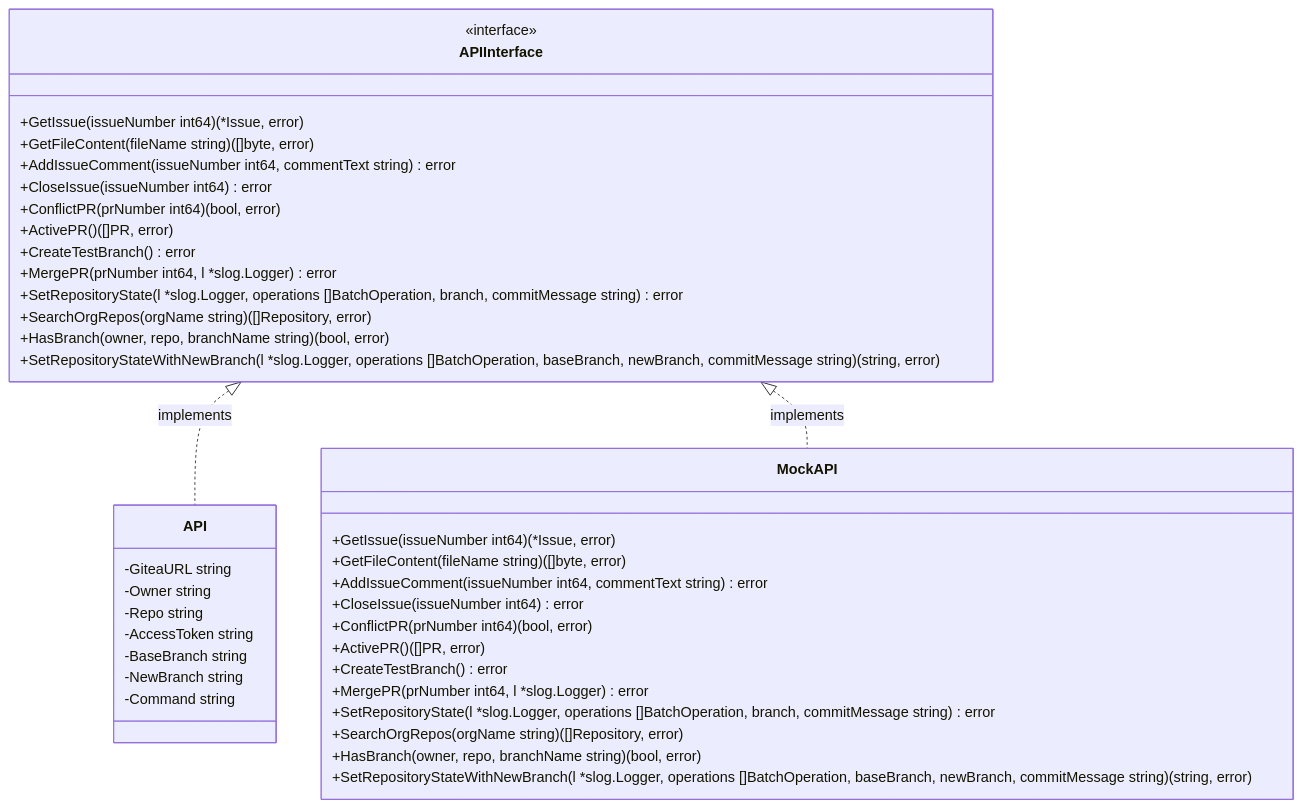
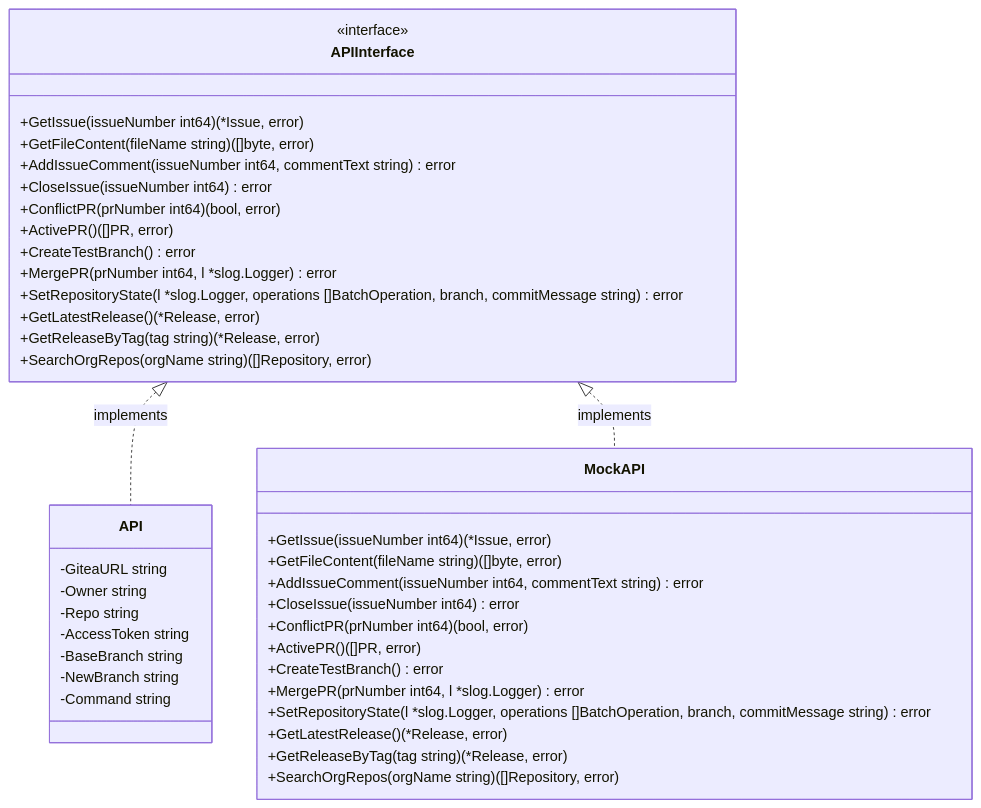
One commit to Kargones/apk-ci changed the eighth of 13 diagrams in .qoder/repowiki/en/content/Advanced Integrations/Gitea Integration.md. Above: the diagram before and after it, drawn with Mermaid. The commit also changed other lines of this file and 2036 other files, not shown here.

````diff
--- a/.qoder/repowiki/en/content/Advanced Integrations/Gitea Integration.md
+++ b/.qoder/repowiki/en/content/Advanced Integrations/Gitea Integration.md
@@ -293,43 +336,43 @@
 ```mermaid
 classDiagram
 class APIInterface {
 <<interface>>
 +GetIssue(issueNumber int64) (*Issue, error)
 +GetFileContent(fileName string) ([]byte, error)
 +AddIssueComment(issueNumber int64, commentText string) error
 +CloseIssue(issueNumber int64) error
 +ConflictPR(prNumber int64) (bool, error)
 +ActivePR() ([]PR, error)
 +CreateTestBranch() error
 +MergePR(prNumber int64, l *slog.Logger) error
 +SetRepositoryState(l *slog.Logger, operations []BatchOperation, branch, commitMessage string) error
++GetLatestRelease() (*Release, error)
++GetReleaseByTag(tag string) (*Release, error)
 +SearchOrgRepos(orgName string) ([]Repository, error)
-+HasBranch(owner, repo, branchName string) (bool, error)
-+SetRepositoryStateWithNewBranch(l *slog.Logger, operations []BatchOperation, baseBranch, newBranch, commitMessage string) (string, error)
 }
 class API {
 -GiteaURL string
 -Owner string
 -Repo string
 -AccessToken string
 -BaseBranch string
 -NewBranch string
 -Command string
 }
 APIInterface <|.. API : implements
 class MockAPI {
 +GetIssue(issueNumber int64) (*Issue, error)
 +GetFileContent(fileName string) ([]byte, error)
 +AddIssueComment(issueNumber int64, commentText string) error
 +CloseIssue(issueNumber int64) error
 +ConflictPR(prNumber int64) (bool, error)
 +ActivePR() ([]PR, error)
 +CreateTestBranch() error
 +MergePR(prNumber int64, l *slog.Logger) error
 +SetRepositoryState(l *slog.Logger, operations []BatchOperation, branch, commitMessage string) error
++GetLatestRelease() (*Release, error)
++GetReleaseByTag(tag string) (*Release, error)
 +SearchOrgRepos(orgName string) ([]Repository, error)
-+HasBranch(owner, repo, branchName string) (bool, error)
-+SetRepositoryStateWithNewBranch(l *slog.Logger, operations []BatchOperation, baseBranch, newBranch, commitMessage string) (string, error)
 }
 APIInterface <|.. MockAPI : implements
 ```
````
